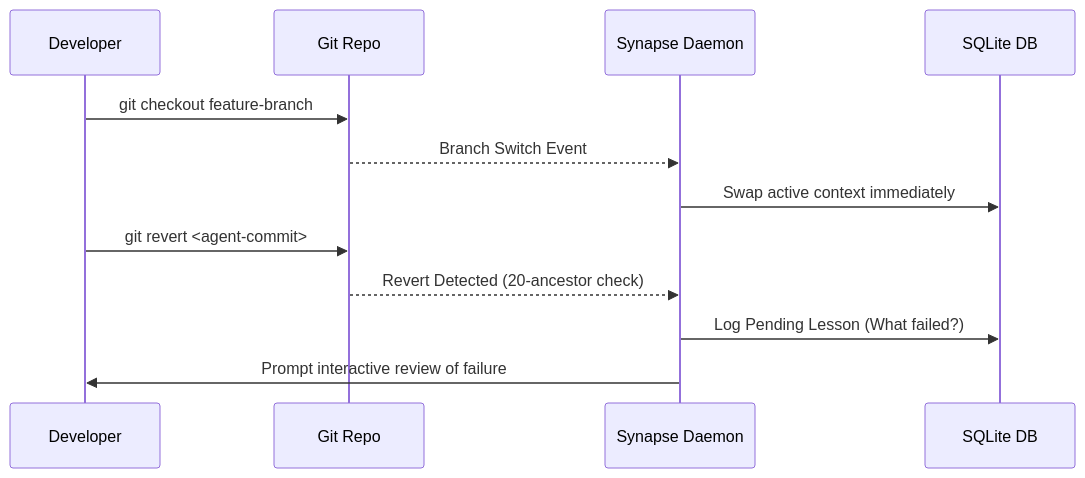
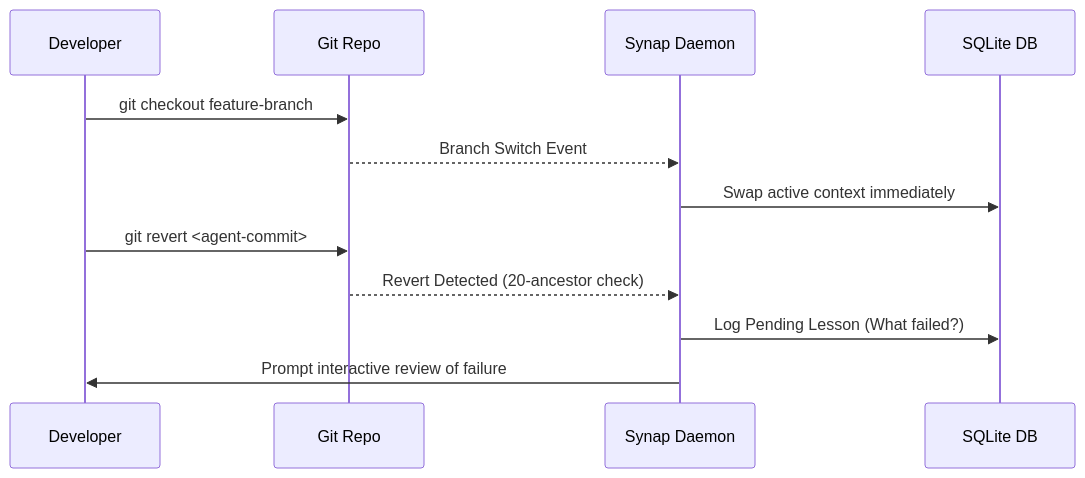
The second of 3 diagrams in README.md (saahilpal/synapse), drawn with Mermaid before and after one commit. The commit also changed other lines of this file and 115 other files, not shown here.

First line of the commit message:
refactor(packaging): migrate package from synapse to synap-git

````diff
--- a/README.md
+++ b/README.md
@@ -93,16 +93,16 @@
 ```mermaid
 sequenceDiagram
     participant Dev as Developer
     participant Git as Git Repo
-    participant Daemon as Synapse Daemon
+    participant Daemon as Synap Daemon
     participant DB as SQLite DB
 
     Dev->>Git: git checkout feature-branch
     Git-->>Daemon: Branch Switch Event
     Daemon->>DB: Swap active context immediately
 
     Dev->>Git: git revert <agent-commit>
     Git-->>Daemon: Revert Detected (20-ancestor check)
     Daemon->>DB: Log Pending Lesson (What failed?)
     Daemon->>Dev: Prompt interactive review of failure
 ```
````
